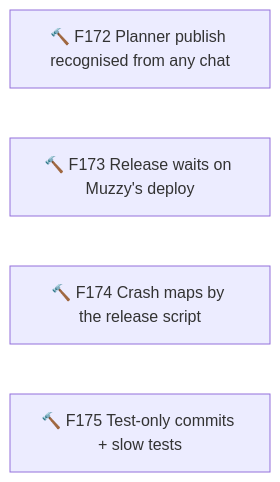
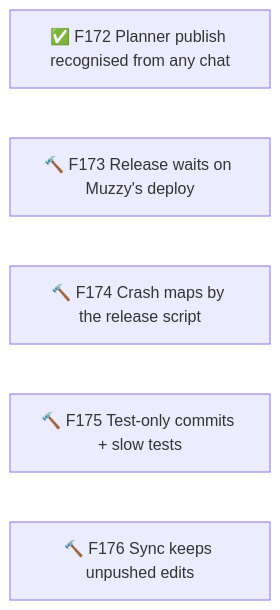
One commit to TheBlueMuzzy/framework changed diagram 31 of 31 in .planning/ROADMAP.md. Above: the diagram before and after it, drawn with Mermaid. The commit also changed other lines of this file and 2 other files, not shown here.

Commit message:
F172: done — Planner publish recognised from any chat (Muzzy approved); F176 — Sync keeps unpushed edits added to sprint 51

````diff
--- a/.planning/ROADMAP.md
+++ b/.planning/ROADMAP.md
@@ -490,7 +491,8 @@
 ```mermaid
 flowchart LR
-  F172[🔨 F172 Planner publish recognised from any chat]
+  F172[✅ F172 Planner publish recognised from any chat]
   F173[🔨 F173 Release waits on Muzzy's deploy]
   F174[🔨 F174 Crash maps by the release script]
   F175[🔨 F175 Test-only commits + slow tests]
+  F176[🔨 F176 Sync keeps unpushed edits]
 ```
````
